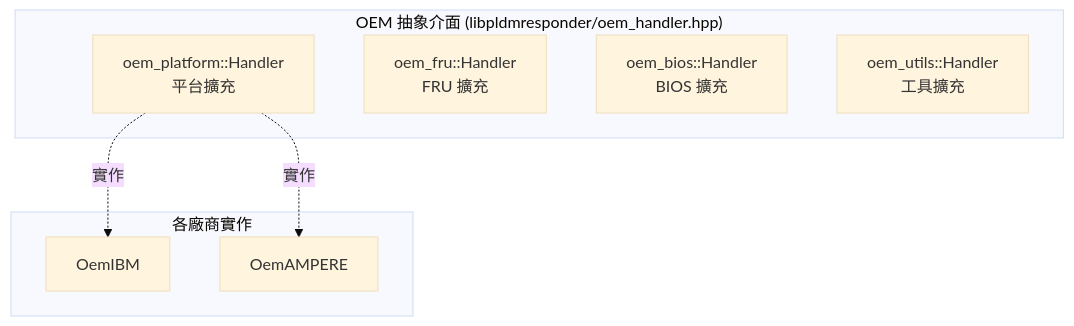
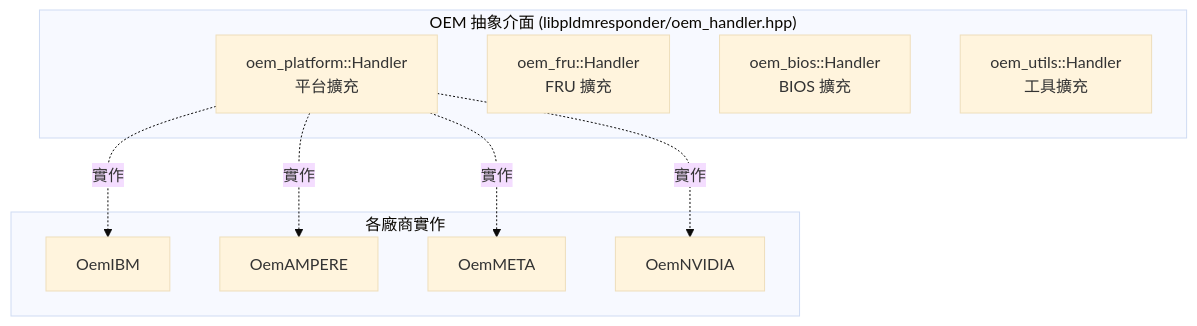
One commit to chilung-cgu/bmc-firmware-knowledge-base changed the diagram in pldm/OEMExtension.md. Above: the diagram before and after it, drawn with Mermaid (base theme). The commit also changed other lines of this file and 18 other files, not shown here.

````diff
--- a/pldm/OEMExtension.md
+++ b/pldm/OEMExtension.md
@@ -21,17 +20,21 @@
 ```mermaid
 graph TB
     subgraph Interfaces["OEM 抽象介面 (libpldmresponder/oem_handler.hpp)"]
         OemPlatform["oem_platform::Handler<br/>平台擴充"]
         OemFru["oem_fru::Handler<br/>FRU 擴充"]
         OemBios["oem_bios::Handler<br/>BIOS 擴充"]
         OemUtils["oem_utils::Handler<br/>工具擴充"]
     end
 
     subgraph Implementations["各廠商實作"]
         IBM["OemIBM"]
         Ampere["OemAMPERE"]
+        Meta["OemMETA"]
+        NVIDIA["OemNVIDIA"]
     end
 
     OemPlatform -.->|"實作"| IBM
     OemPlatform -.->|"實作"| Ampere
+    OemPlatform -.->|"實作"| Meta
+    OemPlatform -.->|"實作"| NVIDIA
 ```
````
